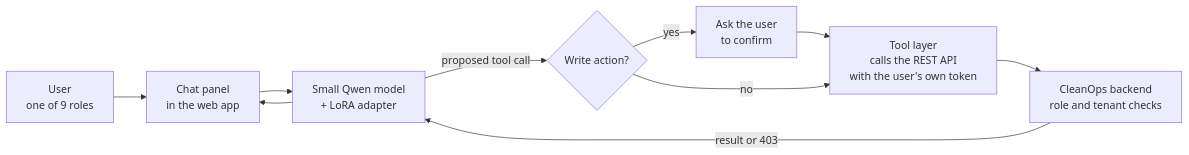
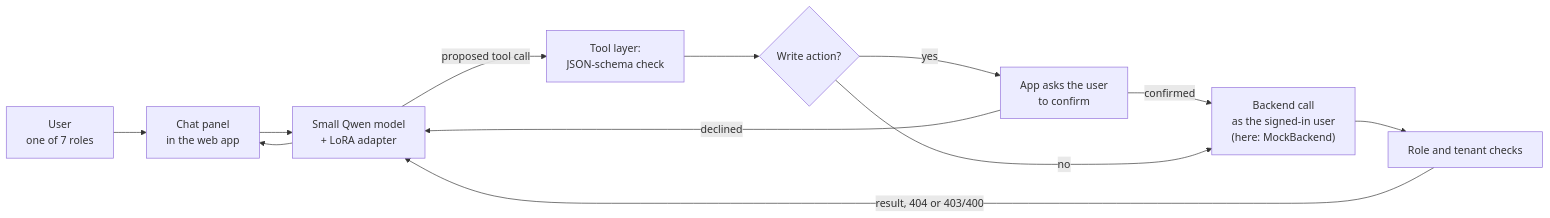
Before and after one commit to yildirimgoktug/cleanops-assistant: the diagram in README.md, drawn with Mermaid. The commit also changed other lines of this file and 1 other file, not shown here.

````diff
--- a/README.md
+++ b/README.md
@@ -9,12 +9,14 @@
 ```mermaid
 flowchart LR
-    U["User<br/>one of 9 roles"] --> C["Chat panel<br/>in the web app"]
+    U["User<br/>one of 7 roles"] --> C["Chat panel<br/>in the web app"]
     C --> M["Small Qwen model<br/>+ LoRA adapter"]
-    M -- "proposed tool call" --> G{"Write action?"}
-    G -- "yes" --> K["Ask the user<br/>to confirm"]
-    K --> T
-    G -- "no" --> T["Tool layer<br/>calls the REST API<br/>with the user's own token"]
-    T --> B["CleanOps backend<br/>role and tenant checks"]
-    B -- "result or 403" --> M
+    M -- "proposed tool call" --> V["Tool layer:<br/>JSON-schema check"]
+    V --> G{"Write action?"}
+    G -- "yes" --> K["App asks the user<br/>to confirm"]
+    K -- "confirmed" --> T
+    K -- "declined" --> M
+    G -- "no" --> T["Backend call<br/>as the signed-in user<br/>(here: MockBackend)"]
+    T --> B["Role and tenant checks"]
+    B -- "result, 404 or 403/400" --> M
     M --> C
 ```
````
